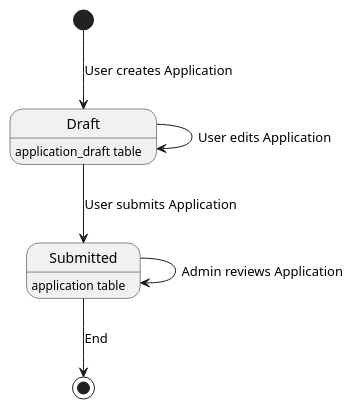
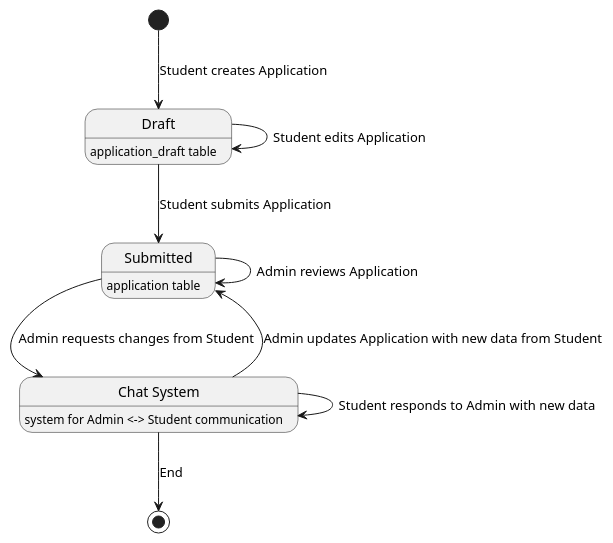
The diagram in Design/application-submission-pipeline.wsd (ytgov/student-financial-aid), drawn with PlantUML before and after one commit. The commit also changed 1 other file, not shown here.

Commit message:
:tophat: Add more info to diagram of student application pipeline.

```diff
--- a/Design/application-submission-pipeline.wsd
+++ b/Design/application-submission-pipeline.wsd
@@ -1,11 +3,14 @@
 @startuml "Application Submission Pipeline"
-
-[*] --> Draft : User creates Application
-Draft --> Draft : User edits Application
-Draft --> Submitted : User submits Application
+[*] --> Draft : Student creates Application
 Draft : application_draft table
 Submitted : application table
+state "Chat System" as Chat : system for Admin <-> Student communication
+Draft --> Draft : Student edits Application
+Draft --> Submitted : Student submits Application
 Submitted --> Submitted : Admin reviews Application
-Submitted --> [*] : End
+Submitted --> Chat : Admin requests changes from Student
+Chat --> Chat : Student responds to Admin with new data
+Chat --> Submitted : Admin updates Application with new data from Student
+Chat --> [*] : End
 
 @enduml
```
